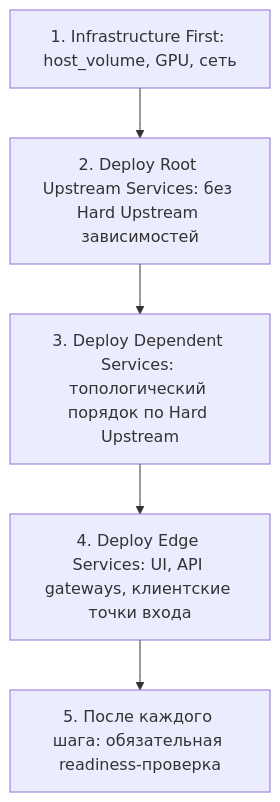
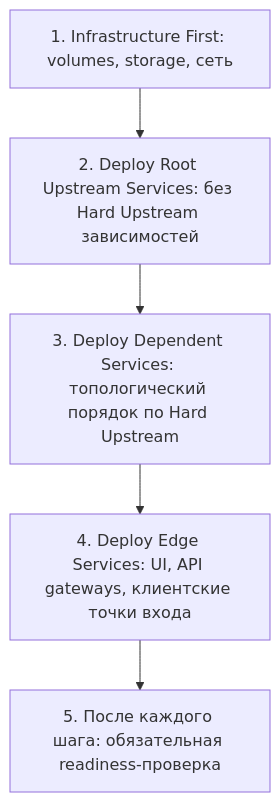
The first of 5 diagrams in .data/workplace-init-bundle/standards/standard-service-dependencies.md (pihanya/workplace-scaffold), drawn with Mermaid before and after one commit. The commit also changed other lines of this file and 6 other files, not shown here.

````diff
--- a/.data/workplace-init-bundle/standards/standard-service-dependencies.md
+++ b/.data/workplace-init-bundle/standards/standard-service-dependencies.md
@@ -105,9 +105,9 @@
 ```mermaid
 flowchart TD
-    S1["1. Infrastructure First: host_volume, GPU, сеть"]
+    S1["1. Infrastructure First: volumes, storage, сеть"]
     S2["2. Deploy Root Upstream Services: без Hard Upstream зависимостей"]
     S3["3. Deploy Dependent Services: топологический порядок по Hard Upstream"]
     S4["4. Deploy Edge Services: UI, API gateways, клиентские точки входа"]
     S5["5. После каждого шага: обязательная readiness-проверка"]
     S1 --> S2 --> S3 --> S4 --> S5
 ```
````
